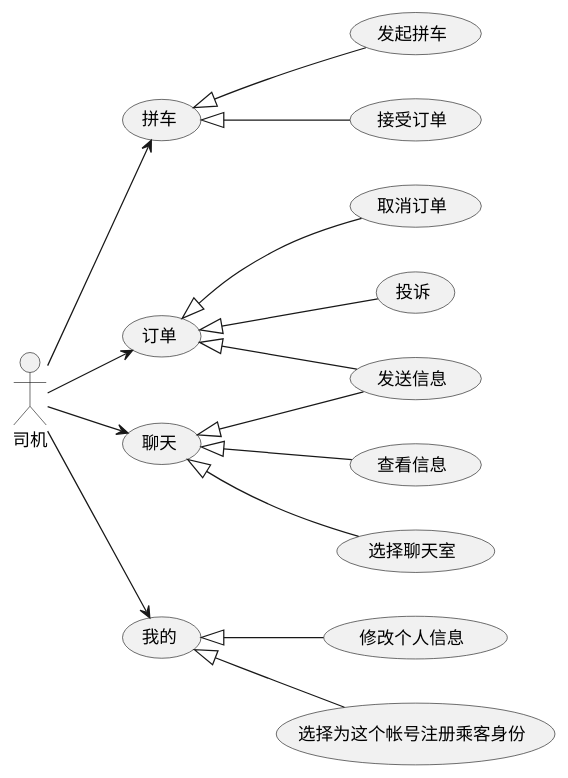
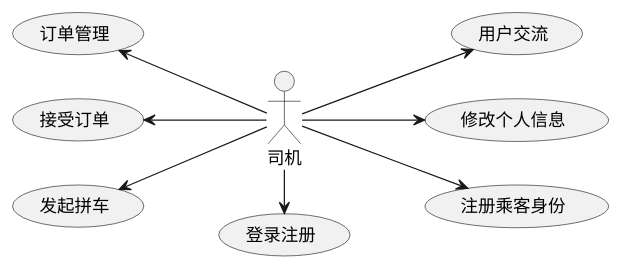
One commit to RZGGM/CarpoolingProjectBasedOnSringbootAndVue-Backend changed the diagram in src/main/resources/uml/用例图/司机用例图.puml. Above: the diagram before and after it, drawn with PlantUML. The commit also changed 6 other files, not shown here.

Commit message:
完成了一些图

```diff
--- a/src/main/resources/uml/用例图/司机用例图.puml
+++ b/src/main/resources/uml/用例图/司机用例图.puml
@@ -1,28 +1,46 @@
 @startuml
 'https://plantuml.com/use-case-diagram
 
 left to right direction
 
-(拼车)<|-- (发起拼车)
-(拼车)<|--(接受订单)
+'(拼车)<|-- (发起拼车)
+'(拼车)<|--(接受订单)
+'
+'
+'(订单) <|-- (取消订单)
+'(订单) <|-- (发送信息)
+'(订单) <|-- (投诉)
+'
+'(聊天) <|-- (查看信息)
+'(聊天) <|-- (选择聊天室)
+'(聊天) <|-- (发送信息)
+'
+'(我的)<|-- (修改个人信息)
+'(我的)<|-- (选择为这个帐号注册乘客身份)
 
 
-(订单) <|-- (取消订单)
-(订单) <|-- (发送信息)
-(订单) <|-- (投诉)
+':司机: --> (拼车)
+':司机: --> (订单)
+':司机: --> (聊天)
+':司机: --> (我的)
 
-(聊天) <|-- (查看信息)
-(聊天) <|-- (选择聊天室)
-(聊天) <|-- (发送信息)
+:司机: -up-> (发起拼车)
+:司机: -up-> (接受订单)
 
-(我的)<|-- (修改个人信息)
-(我的)<|-- (选择为这个帐号注册乘客身份)
+':司机: -up-> (取消订单)
+':司机: -up-> (发送信息)
+':司机: --> (投诉)
 
+:司机: -up-> (订单管理)
 
-:司机: --> (拼车)
-:司机: --> (订单)
-:司机: --> (聊天)
-:司机: --> (我的)
+:司机: -right-> (登录注册)
 
+':司机: --> (查看信息)
+':司机: --> (选择聊天室)
+':司机: --> (发送信息)
+:司机: --> (用户交流)
+
+:司机: --> (修改个人信息)
+:司机: --> (注册乘客身份)
 
 @enduml
```
